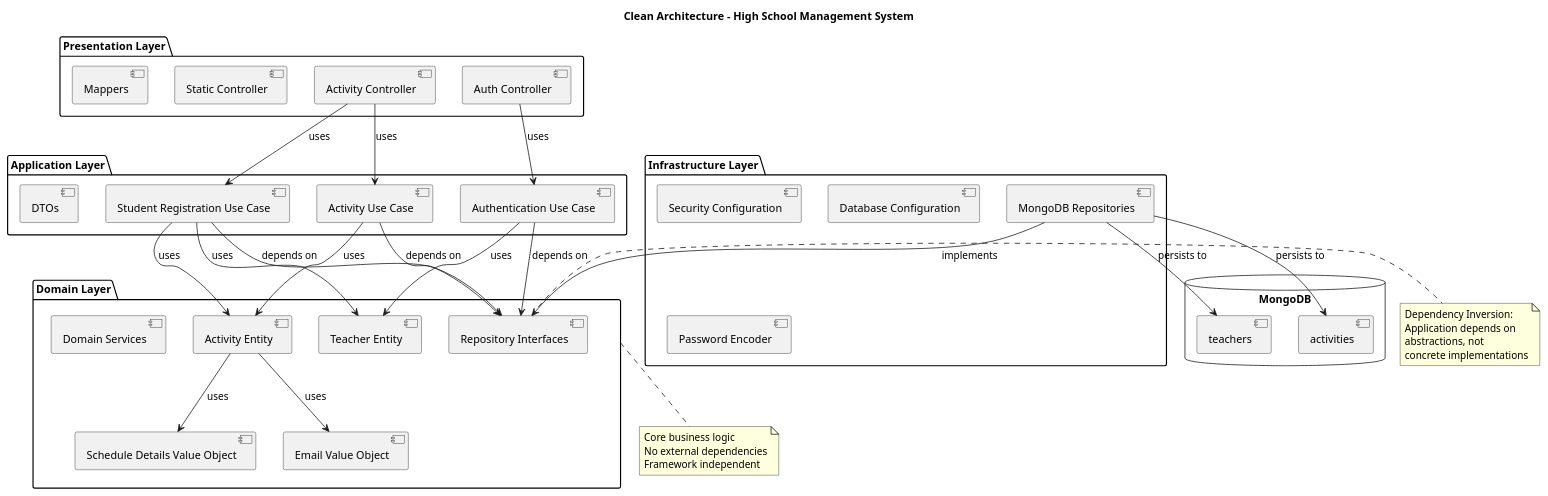
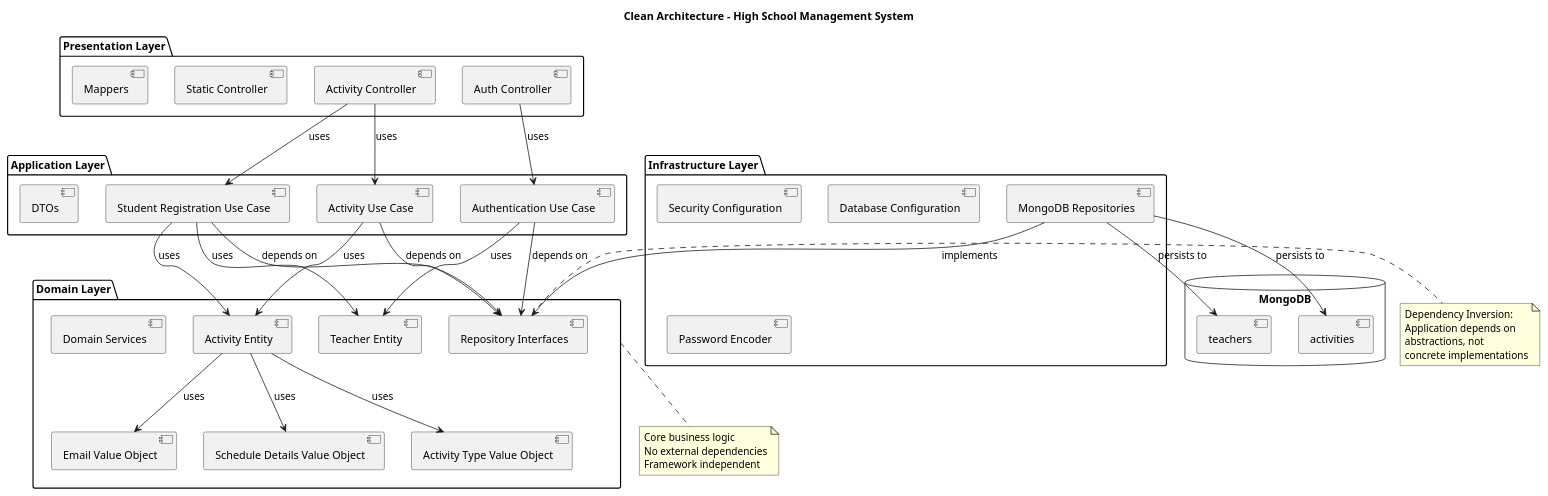
Before and after one commit to andrefontourainvillia/java-copilot-code-agent-final: the diagram in docs/architecture/clean-architecture.puml, drawn with PlantUML. The commit also changed 2 other files, not shown here.

```diff
--- a/docs/architecture/clean-architecture.puml
+++ b/docs/architecture/clean-architecture.puml
@@ -1,72 +1,74 @@
 @startuml clean-architecture
 title Clean Architecture - High School Management System
 
 package "Presentation Layer" {
     [Activity Controller]
     [Auth Controller]
     [Static Controller]
     [Mappers]
 }
 
 package "Application Layer" {
     [Activity Use Case]
     [Authentication Use Case]
     [Student Registration Use Case]
     [DTOs]
 }
 
 package "Domain Layer" {
     [Activity Entity]
     [Teacher Entity]
     [Email Value Object]
     [Schedule Details Value Object]
+    [Activity Type Value Object]
     [Repository Interfaces]
     [Domain Services]
 }
 
 package "Infrastructure Layer" {
     [MongoDB Repositories]
     [Security Configuration]
     [Database Configuration]
     [Password Encoder]
 }
 
 database "MongoDB" {
     [activities]
     [teachers]
 }
 
 [Activity Controller] --> [Activity Use Case] : uses
 [Activity Controller] --> [Student Registration Use Case] : uses
 [Auth Controller] --> [Authentication Use Case] : uses
 
 [Activity Use Case] --> [Activity Entity] : uses
 [Authentication Use Case] --> [Teacher Entity] : uses
 [Student Registration Use Case] --> [Activity Entity] : uses
 [Student Registration Use Case] --> [Teacher Entity] : uses
 
 [Activity Use Case] --> [Repository Interfaces] : depends on
 [Authentication Use Case] --> [Repository Interfaces] : depends on
 [Student Registration Use Case] --> [Repository Interfaces] : depends on
 
 [MongoDB Repositories] --> [Repository Interfaces] : implements
 [MongoDB Repositories] --> [activities] : persists to
 [MongoDB Repositories] --> [teachers] : persists to
 
 [Activity Entity] --> [Email Value Object] : uses
 [Activity Entity] --> [Schedule Details Value Object] : uses
+[Activity Entity] --> [Activity Type Value Object] : uses
 
 note right of [Repository Interfaces]
     Dependency Inversion:
     Application depends on
     abstractions, not
     concrete implementations
 end note
 
 note bottom of [Domain Layer]
     Core business logic
     No external dependencies
     Framework independent
 end note
 
 @enduml
```
